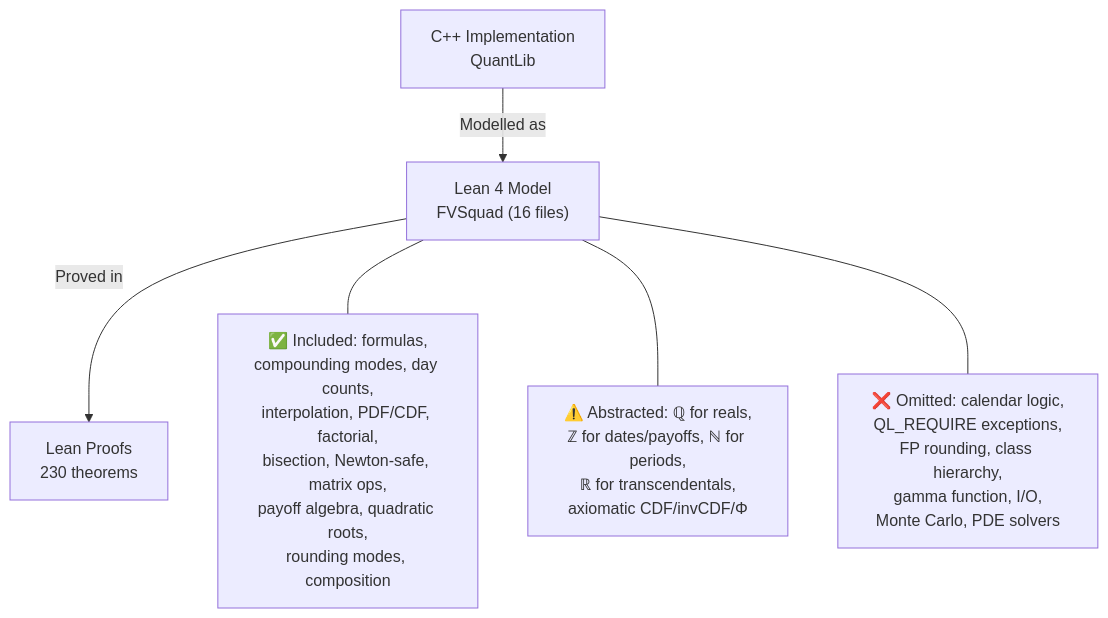
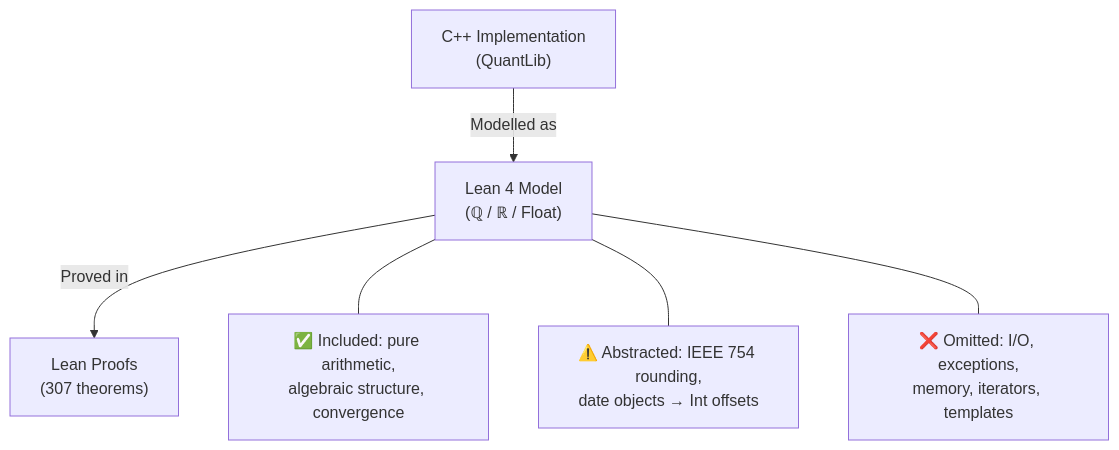
Before and after one commit to dsyme/QuantLib: the seventh of 8 diagrams in formal-verification/REPORT.md, drawn with Mermaid. The commit also changed other lines of this file and 1 other file, not shown here.

````diff
--- a/formal-verification/REPORT.md
+++ b/formal-verification/REPORT.md
@@ -313,14 +189,14 @@
 ```mermaid
 graph TD
-    REAL["C++ Implementation<br/>QuantLib"]
-    MODEL["Lean 4 Model<br/>FVSquad (16 files)"]
-    PROOF["Lean Proofs<br/>230 theorems"]
+    REAL["C++ Implementation<br/>(QuantLib)"]
+    MODEL["Lean 4 Model<br/>(ℚ / ℝ / Float)"]
+    PROOF["Lean Proofs<br/>(307 theorems)"]
     REAL -->|"Modelled as"| MODEL
     MODEL -->|"Proved in"| PROOF
-    NOTE1["✅ Included: formulas,<br/>compounding modes, day counts,<br/>interpolation, PDF/CDF, factorial,<br/>bisection, Newton-safe, matrix ops,<br/>payoff algebra, quadratic roots,<br/>rounding modes, composition"]
-    NOTE2["⚠️ Abstracted: ℚ for reals,<br/>ℤ for dates/payoffs, ℕ for periods,<br/>ℝ for transcendentals,<br/>axiomatic CDF/invCDF/Φ"]
-    NOTE3["❌ Omitted: calendar logic,<br/>QL_REQUIRE exceptions,<br/>FP rounding, class hierarchy,<br/>gamma function, I/O,<br/>Monte Carlo, PDE solvers"]
+    NOTE1["✅ Included: pure arithmetic,<br/>algebraic structure, convergence"]
+    NOTE2["⚠️ Abstracted: IEEE 754 rounding,<br/>date objects → Int offsets"]
+    NOTE3["❌ Omitted: I/O, exceptions,<br/>memory, iterators, templates"]
     MODEL --- NOTE1
     MODEL --- NOTE2
     MODEL --- NOTE3
 ```
````
